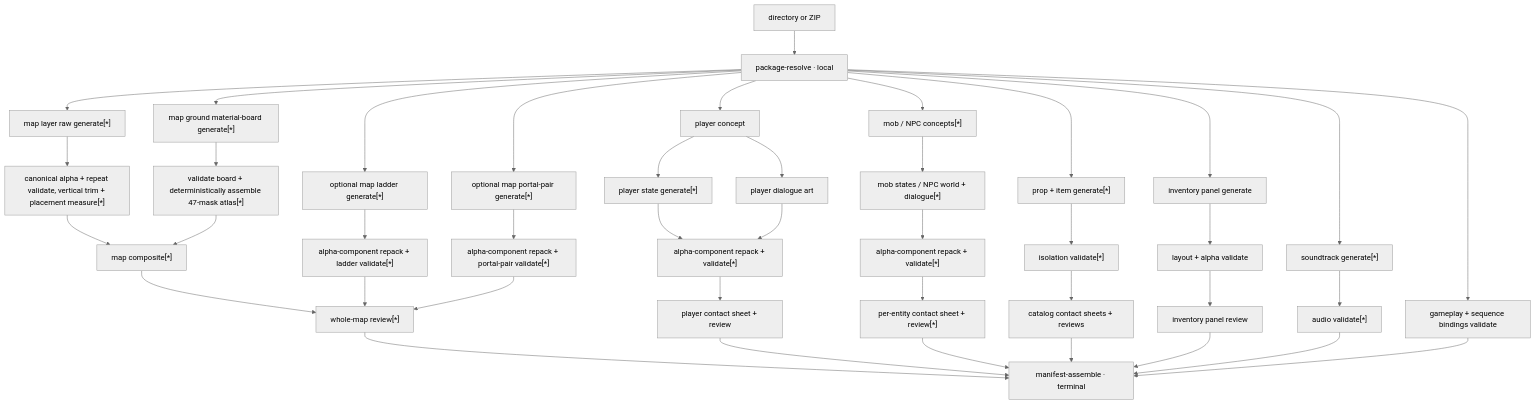
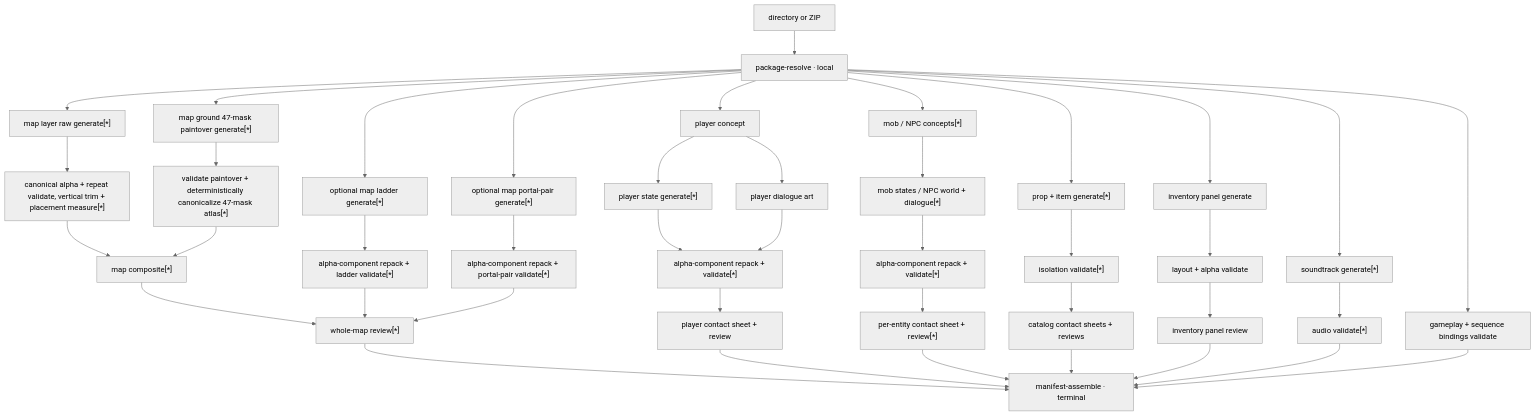
The diagram in docs/spec/game/generation-pipeline.md (softmarshmallow/stage-gen), drawn with Mermaid (neutral theme) before and after one commit. The commit also changed other lines of this file and 18 other files, not shown here.

Commit message:
feat: generate terrain from 47-mask paintovers

````diff
--- a/docs/spec/game/generation-pipeline.md
+++ b/docs/spec/game/generation-pipeline.md
@@ -39,50 +39,50 @@
 ```mermaid
 flowchart TD
     PKG["directory or ZIP"] --> PR["package-resolve · local"]
 
     PR --> ML["map layer raw generate[*]"]
-    PR --> MG["map ground material-board generate[*]"]
+    PR --> MG["map ground 47-mask paintover generate[*]"]
     ML --> MLV["canonical alpha + repeat validate, vertical trim + placement measure[*]"]
-    MG --> MGV["validate board + deterministically assemble 47-mask atlas[*]"]
+    MG --> MGV["validate paintover + deterministically canonicalize 47-mask atlas[*]"]
     PR --> LG["optional map ladder generate[*]"]
     PR --> PG["optional map portal-pair generate[*]"]
     MLV --> MC["map composite[*]"]
     MGV --> MC
     LG --> LGV["alpha-component repack + ladder validate[*]"]
     PG --> PGV["alpha-component repack + portal-pair validate[*]"]
     MC --> MR["whole-map review[*]"]
     LGV --> MR
     PGV --> MR
 
     PR --> PC["player concept"]
     PC --> PS["player state generate[*]"]
     PC --> PD["player dialogue art"]
     PS --> PV["alpha-component repack + validate[*]"]
     PD --> PV
     PV --> PCR["player contact sheet + review"]
 
     PR --> XC["mob / NPC concepts[*]"]
     XC --> XS["mob states / NPC world + dialogue[*]"]
     XS --> XV["alpha-component repack + validate[*]"]
     XV --> XR["per-entity contact sheet + review[*]"]
 
     PR --> PI["prop + item generate[*]"]
     PI --> PIV["isolation validate[*]"]
     PIV --> PIR["catalog contact sheets + reviews"]
 
     PR --> UI["inventory panel generate"]
     UI --> UIV["layout + alpha validate"]
     UIV --> UIR["inventory panel review"]
 
     PR --> ST["soundtrack generate[*]"]
     ST --> STV["audio validate[*]"]
     PR --> GB["gameplay + sequence bindings validate"]
 
     MR --> MF["manifest-assemble · terminal"]
     PCR --> MF
     XR --> MF
     PIR --> MF
     UIR --> MF
     STV --> MF
     GB --> MF
 ```
````
